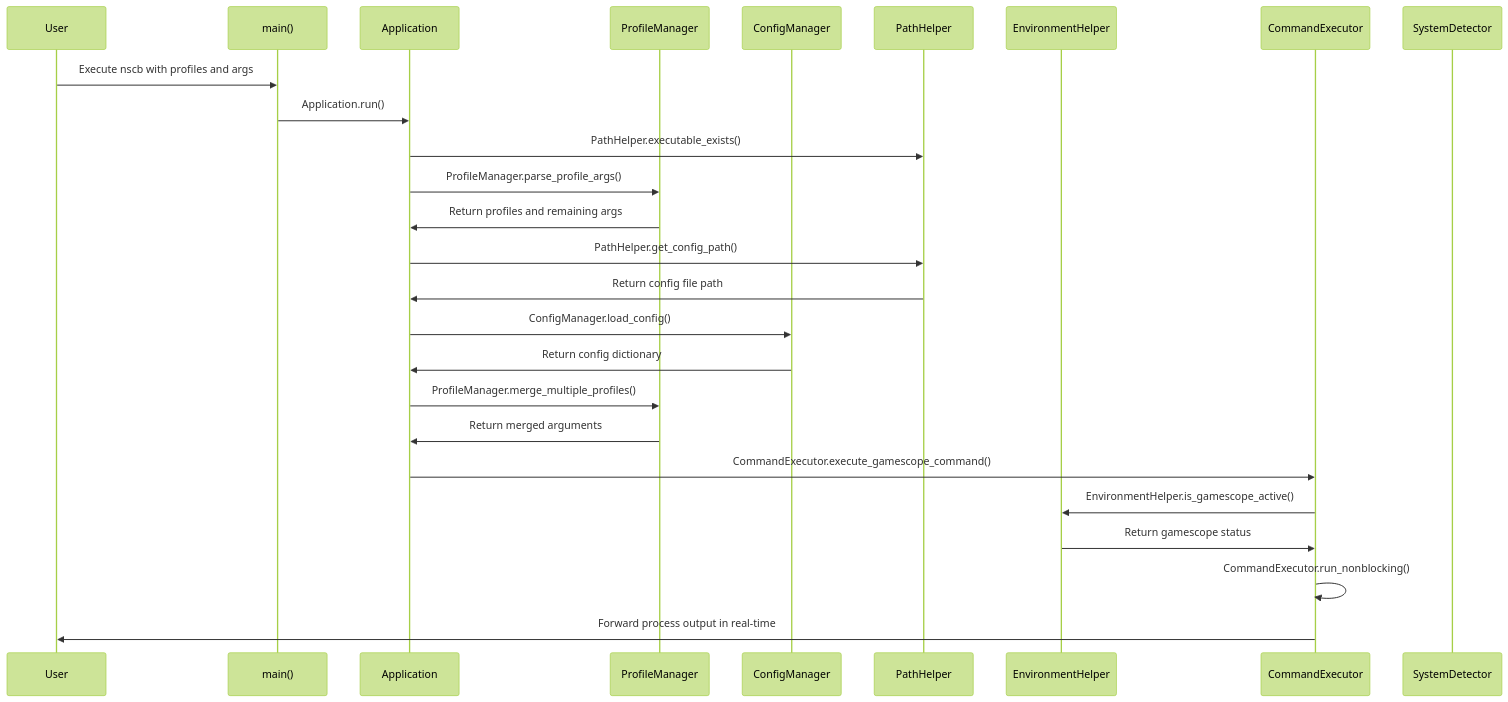
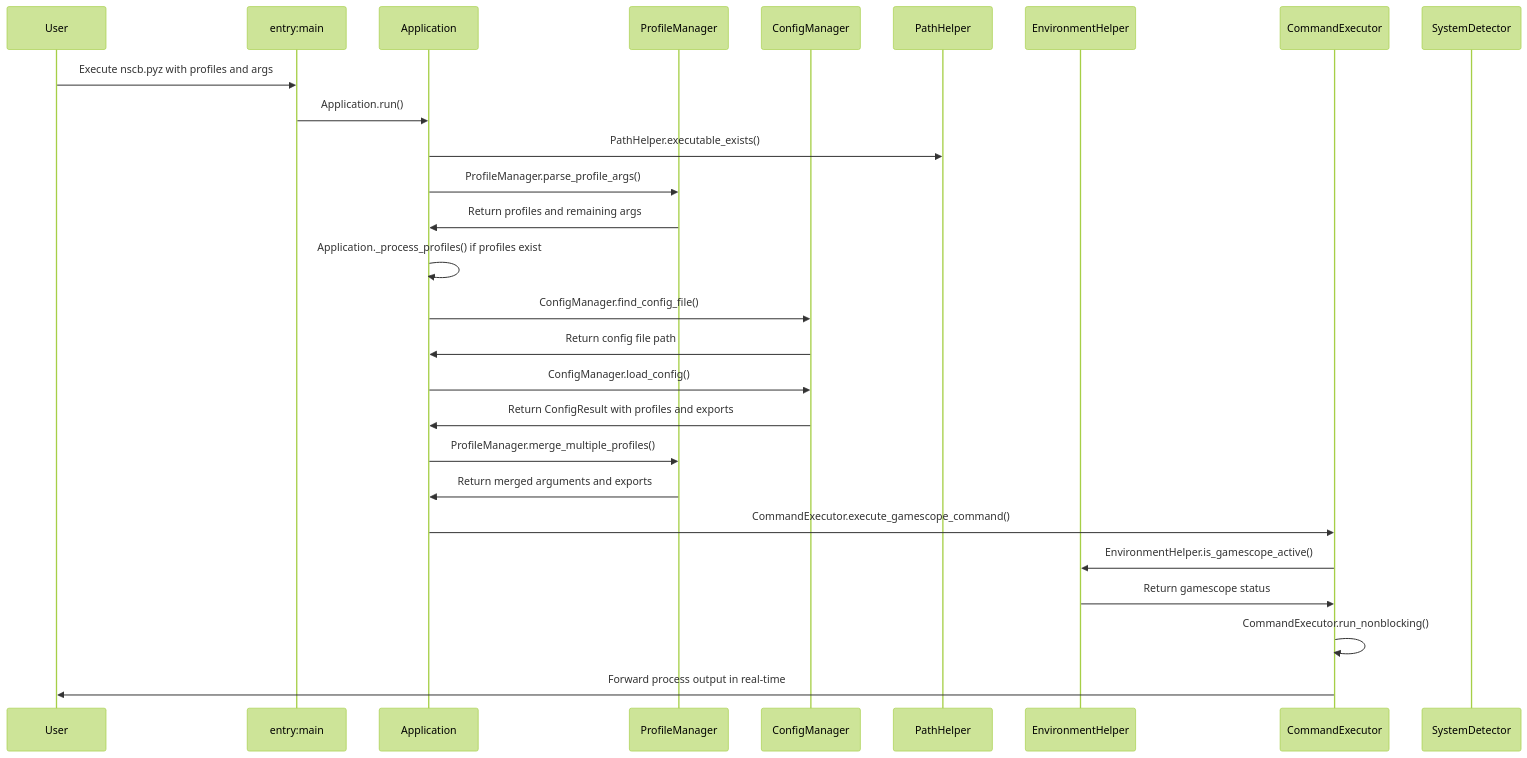
Before and after one commit to WombatFromHell/neoscopebuddy: the third of 3 diagrams in DESIGN.md, drawn with Mermaid (forest theme). The commit also changed other lines of this file and 35 other files, not shown here.

````diff
--- a/DESIGN.md
+++ b/DESIGN.md
@@ -284,29 +375,30 @@
 ```mermaid
 sequenceDiagram
     participant U as User
-    participant M as main()
+    participant E as entry:main
     participant App as Application
     participant PM as ProfileManager
     participant CM as ConfigManager
     participant PH as PathHelper
     participant EH as EnvironmentHelper
     participant CE as CommandExecutor
     participant SD as SystemDetector
 
-    U->>M: Execute nscb with profiles and args
-    M->>App: Application.run()
+    U->>E: Execute nscb.pyz with profiles and args
+    E->>App: Application.run()
     App->>PH: PathHelper.executable_exists()
     App->>PM: ProfileManager.parse_profile_args()
     PM->>App: Return profiles and remaining args
-    App->>PH: PathHelper.get_config_path()
-    PH->>App: Return config file path
+    App->>App: Application._process_profiles() if profiles exist
+    App->>CM: ConfigManager.find_config_file()
+    CM->>App: Return config file path
     App->>CM: ConfigManager.load_config()
-    CM->>App: Return config dictionary
+    CM->>App: Return ConfigResult with profiles and exports
     App->>PM: ProfileManager.merge_multiple_profiles()
-    PM->>App: Return merged arguments
+    PM->>App: Return merged arguments and exports
     App->>CE: CommandExecutor.execute_gamescope_command()
     CE->>EH: EnvironmentHelper.is_gamescope_active()
     EH->>CE: Return gamescope status
     CE->>CE: CommandExecutor.run_nonblocking()
     CE->>U: Forward process output in real-time
 ```
````
